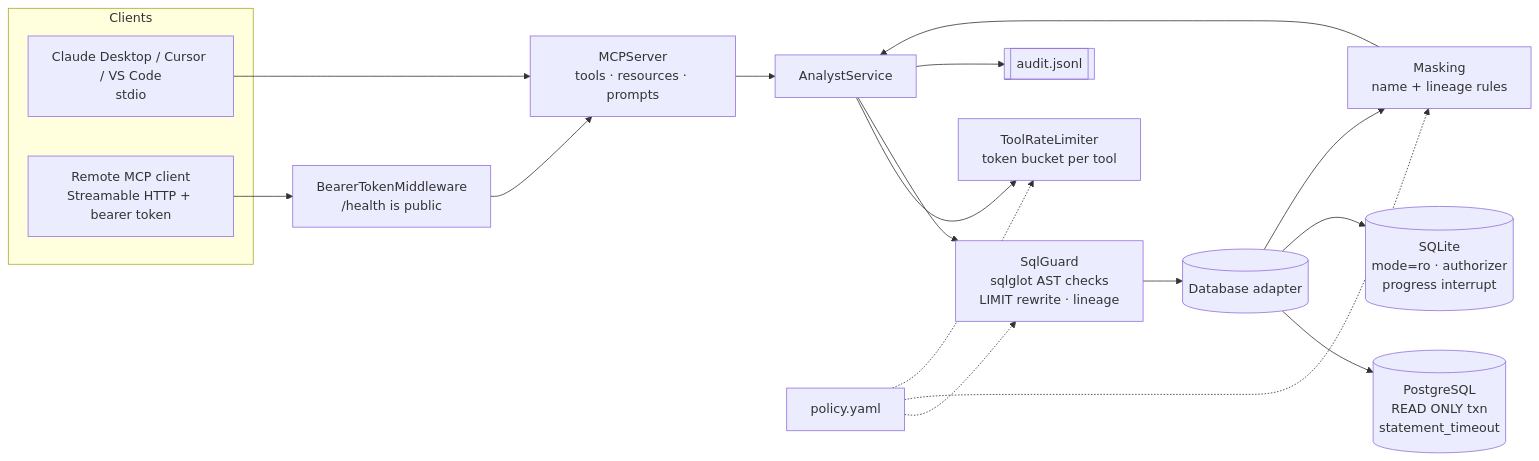
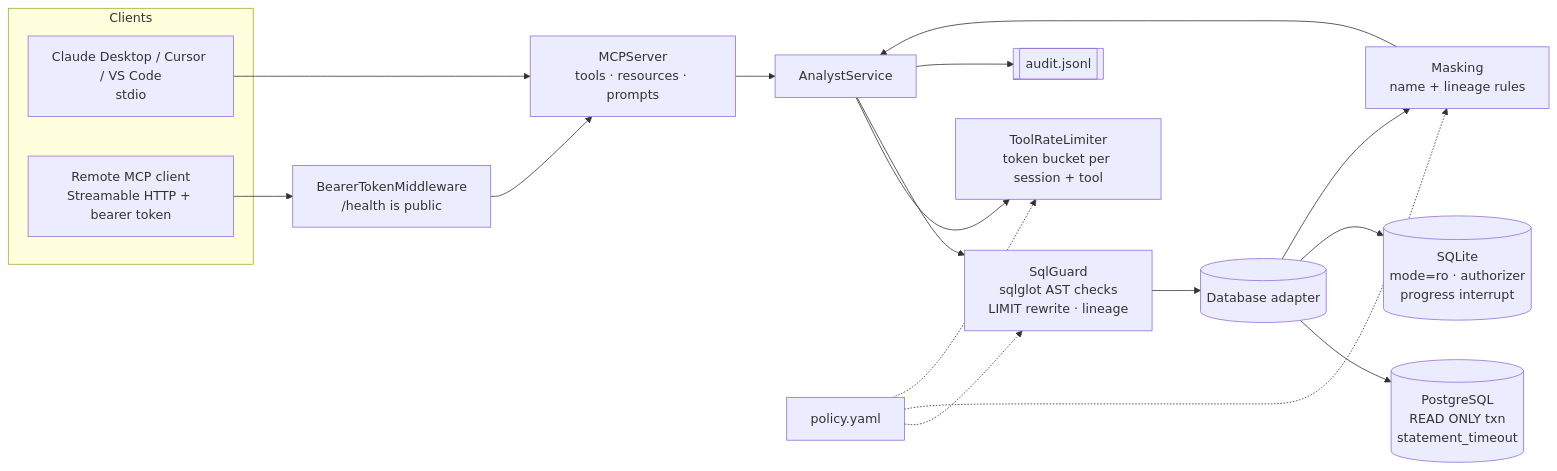
The diagram in README.md (AkibUllah/mcp-postgres-analyst), drawn with Mermaid before and after one commit. The commit also changed other lines of this file and 1 other file, not shown here.

Commit message:
docs: document per-session rate limits and audit attribution

````diff
--- a/README.md
+++ b/README.md
@@ -52,21 +53,21 @@
 ```mermaid
 flowchart LR
     subgraph Clients
         CD[Claude Desktop / Cursor / VS Code<br/>stdio]
         HC[Remote MCP client<br/>Streamable HTTP + bearer token]
     end
     CD --> S[MCPServer<br/>tools · resources · prompts]
     HC --> AUTH[BearerTokenMiddleware<br/>/health is public] --> S
     S --> SVC[AnalystService]
-    SVC --> RL[ToolRateLimiter<br/>token bucket per tool]
+    SVC --> RL[ToolRateLimiter<br/>token bucket per session + tool]
     SVC --> G[SqlGuard<br/>sqlglot AST checks<br/>LIMIT rewrite · lineage]
     G --> DB[(Database adapter)]
     DB --> PG[(PostgreSQL<br/>READ ONLY txn<br/>statement_timeout)]
     DB --> SQ[(SQLite<br/>mode=ro · authorizer<br/>progress interrupt)]
     DB --> M[Masking<br/>name + lineage rules]
     M --> SVC
     SVC --> A[[audit.jsonl]]
     P[policy.yaml] -.-> G
     P -.-> M
     P -.-> RL
 ```
````
